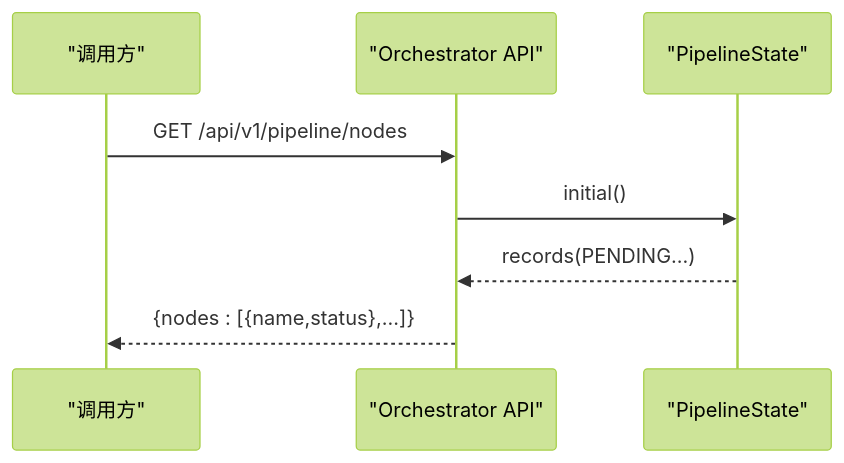
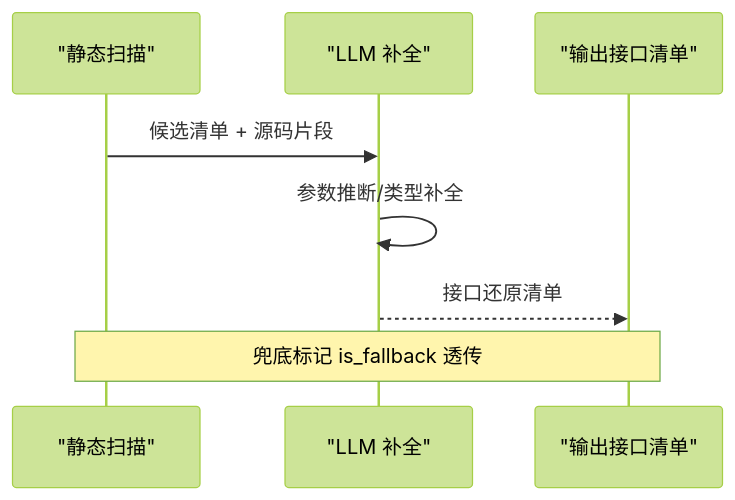
One commit to Joeyzheng001/LLM-AutoTest changed the fourth of 6 diagrams in .qoder/repowiki/zh/content/数据模型/数据模型.md. Above: the diagram before and after it, drawn with Mermaid (forest theme). The commit also changed other lines of this file and 186 other files, not shown here.

````diff
--- a/.qoder/repowiki/zh/content/数据模型/数据模型.md
+++ b/.qoder/repowiki/zh/content/数据模型/数据模型.md
@@ -281,10 +191,10 @@
 ```mermaid
 sequenceDiagram
-participant Client as "调用方"
-participant API as "Orchestrator API"
-participant Pipeline as "PipelineState"
-Client->>API : GET /api/v1/pipeline/nodes
-API->>Pipeline : initial()
-Pipeline-->>API : records(PENDING...)
-API-->>Client : {nodes : [{name,status},...]}
+participant S as "静态扫描"
+participant L as "LLM 补全"
+participant O as "输出接口清单"
+S->>L : 候选清单 + 源码片段
+L->>L : 参数推断/类型补全
+L-->>O : 接口还原清单
+Note over S,O : 兜底标记 is_fallback 透传
 ```
````
